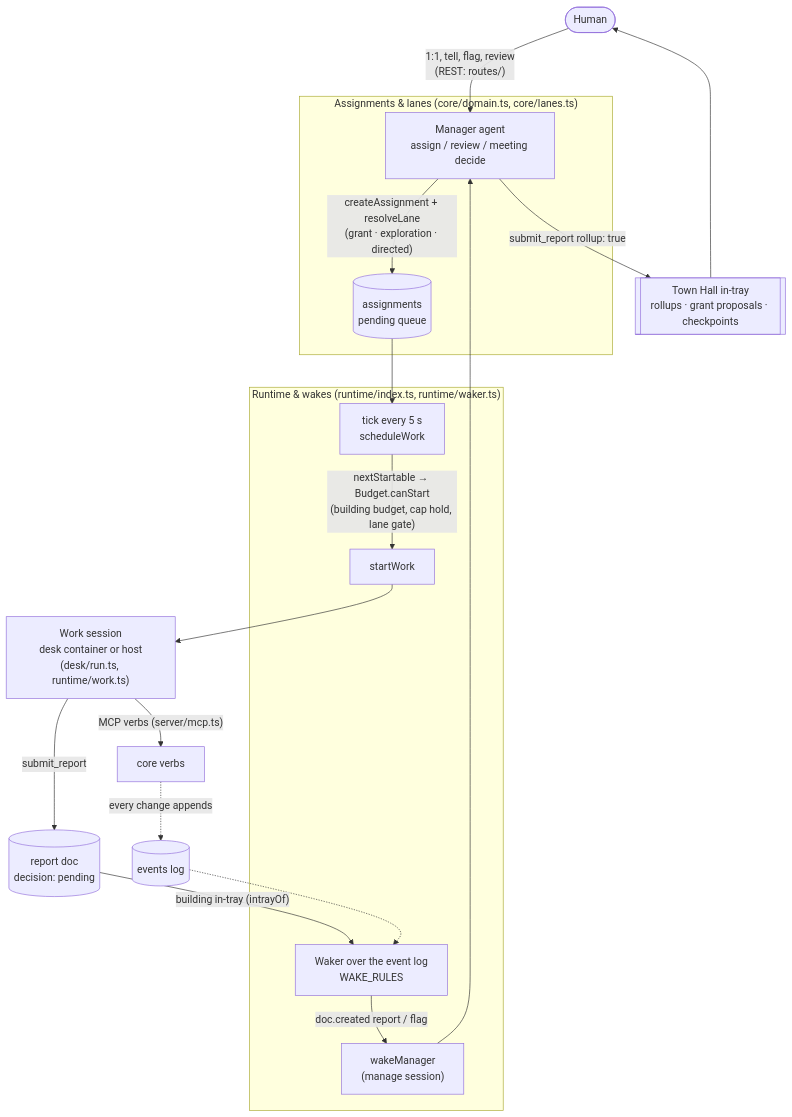
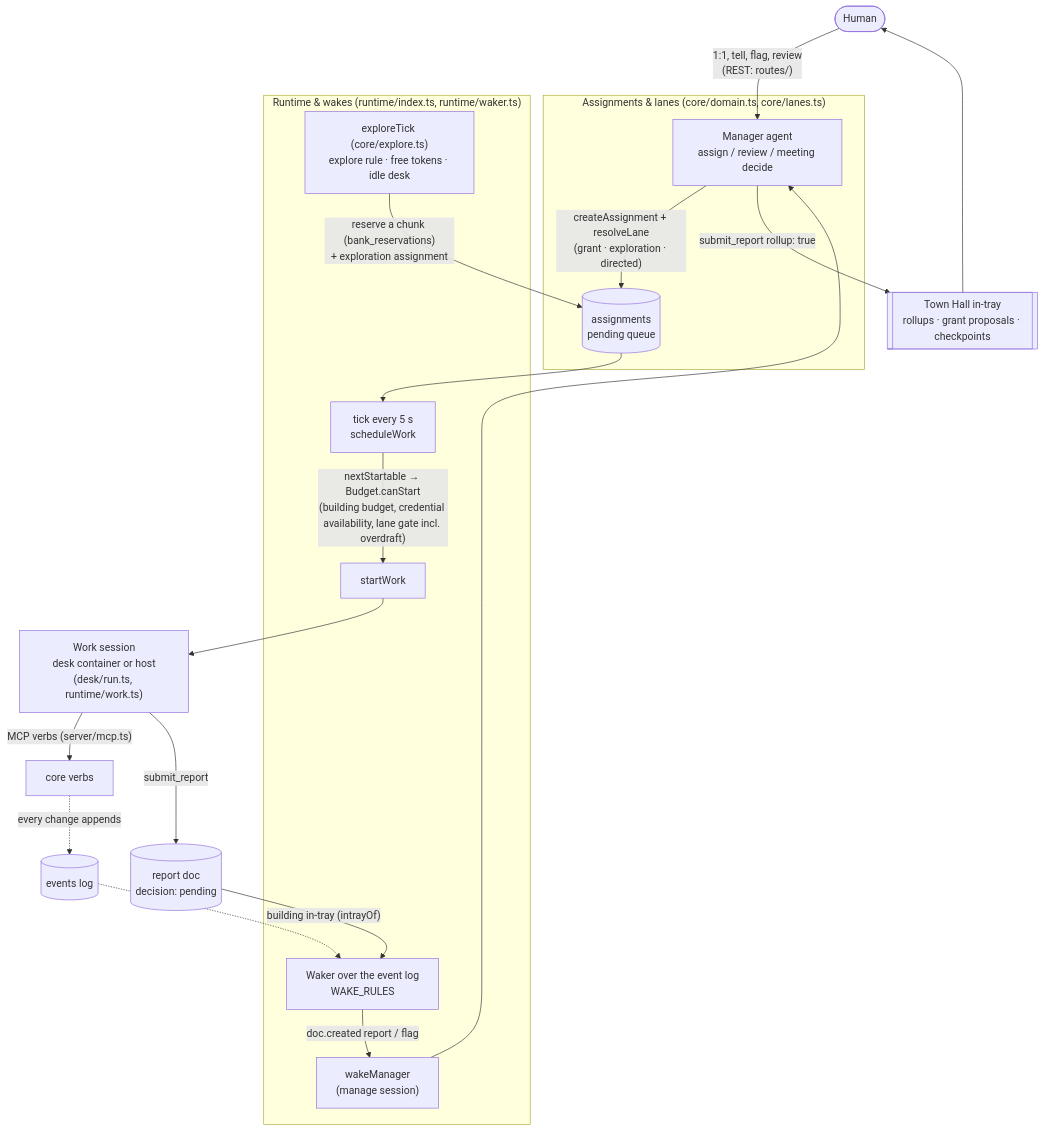
The first of 2 diagrams in docs/architecture.md (mitchellgordon95/muster-town), drawn with Mermaid before and after one commit. The commit also changed other lines of this file and 282 other files, not shown here.

````diff
--- a/docs/architecture.md
+++ b/docs/architecture.md
@@ -30,21 +30,22 @@
 ```mermaid
 flowchart TD
   human([Human]) -->|"1:1, tell, flag, review<br/>(REST: routes/)"| mgr
   subgraph assign["Assignments & lanes (core/domain.ts, core/lanes.ts)"]
     mgr["Manager agent<br/>assign / review / meeting decide"] -->|"createAssignment + resolveLane<br/>(grant · exploration · directed)"| queue[("assignments<br/>pending queue")]
   end
   subgraph rt["Runtime & wakes (runtime/index.ts, runtime/waker.ts)"]
-    tick["tick every 5 s<br/>scheduleWork"] -->|"nextStartable → Budget.canStart<br/>(building budget, cap hold, lane gate)"| start["startWork"]
+    tick["tick every 5 s<br/>scheduleWork"] -->|"nextStartable → Budget.canStart<br/>(building budget, credential availability, lane gate incl. overdraft)"| start["startWork"]
+    explore["exploreTick (core/explore.ts)<br/>explore rule · free tokens · idle desk"] -->|"reserve a chunk (bank_reservations)<br/>+ exploration assignment"| queue
     waker["Waker over the event log<br/>WAKE_RULES"] -->|"doc.created report / flag"| wm["wakeManager<br/>(manage session)"]
   end
   queue --> tick
   start --> session["Work session<br/>desk container or host<br/>(desk/run.ts, runtime/work.ts)"]
   session -->|"MCP verbs (server/mcp.ts)"| verbs["core verbs"]
   session -->|"submit_report"| report[("report doc<br/>decision: pending")]
   report -->|"building in-tray (intrayOf)"| waker
   wm --> mgr
   mgr -->|"submit_report rollup: true"| townhall[["Town Hall in-tray<br/>rollups · grant proposals · checkpoints"]]
   townhall --> human
   verbs -.->|"every change appends"| events[("events log")]
   events -.-> waker
 ```
````
